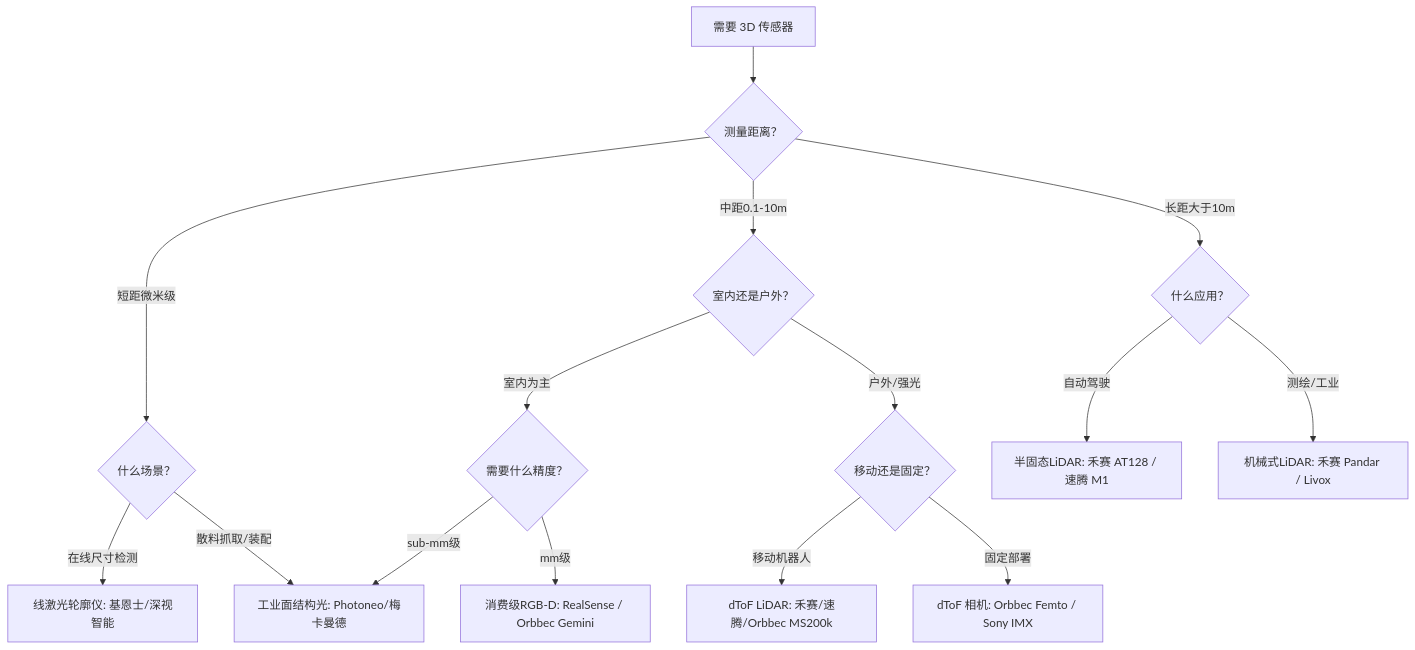
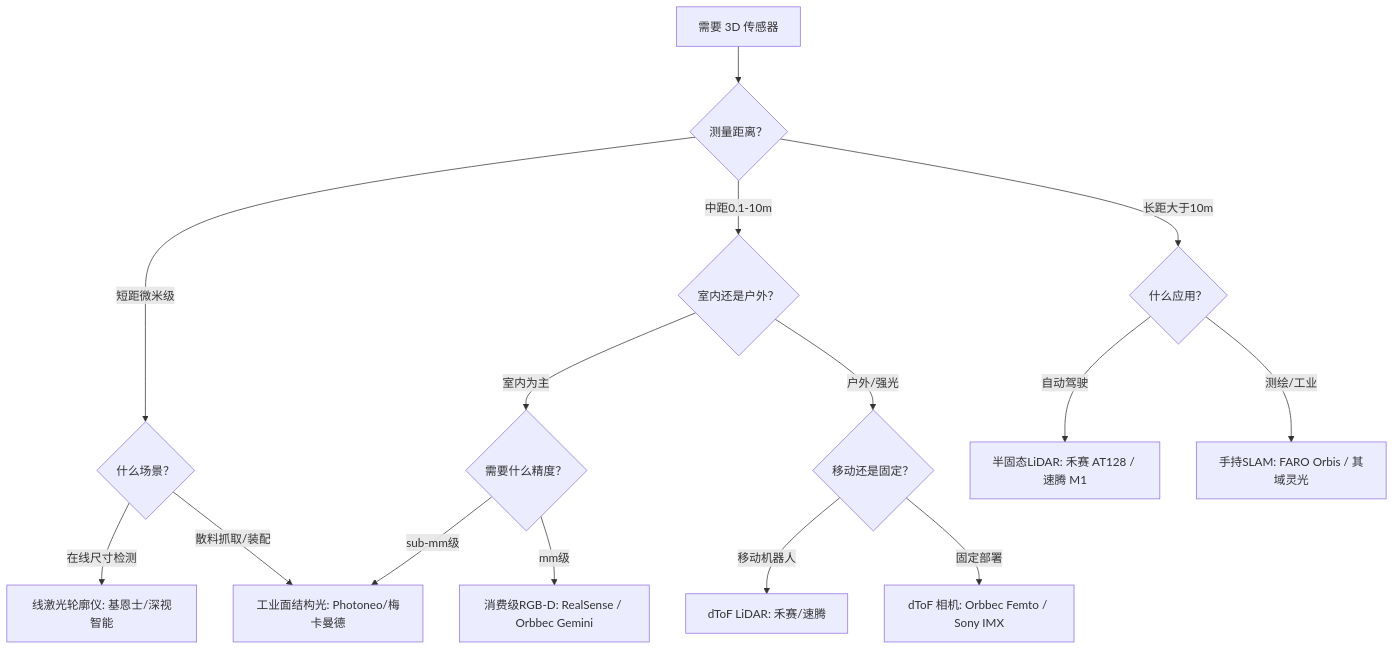
One commit to dull-bird/book_3d_cv changed the third of 3 diagrams in src/00_basics/07_3d_cameras.md. Above: the diagram before and after it, drawn with Mermaid. The commit also changed other lines of this file and 196 other files, not shown here.

````diff
--- a/src/00_basics/07_3d_cameras.md
+++ b/src/00_basics/07_3d_cameras.md
@@ -595,23 +533,23 @@
 ```mermaid
 flowchart TD
     Start["需要 3D 传感器"] --> Q1{"测量距离？"}
     
     Q1 -->|短距微米级| Q2{"什么场景？"}
     Q1 -->|中距0.1-10m| Q3{"室内还是户外？"}
     Q1 -->|长距大于10m| Q4{"什么应用？"}
     
     Q2 -->|在线尺寸检测| A1["线激光轮廓仪: 基恩士/深视智能"]
     Q2 -->|散料抓取/装配| A2["工业面结构光: Photoneo/梅卡曼德"]
     
     Q3 -->|室内为主| Q5{"需要什么精度？"}
     Q3 -->|户外/强光| Q6{"移动还是固定？"}
     
     Q5 -->|mm级| A3["消费级RGB-D: RealSense / Orbbec Gemini"]
     Q5 -->|sub-mm级| A2
     
-    Q6 -->|移动机器人| A4["dToF LiDAR: 禾赛/速腾/Orbbec MS200k"]
+    Q6 -->|移动机器人| A4["dToF LiDAR: 禾赛/速腾"]
     Q6 -->|固定部署| A5["dToF 相机: Orbbec Femto / Sony IMX"]
     
     Q4 -->|自动驾驶| A6["半固态LiDAR: 禾赛 AT128 / 速腾 M1"]
-    Q4 -->|测绘/工业| A7["机械式LiDAR: 禾赛 Pandar / Livox"]
+    Q4 -->|测绘/工业| A7["手持SLAM: FARO Orbis / 其域灵光"]
 ```
````
